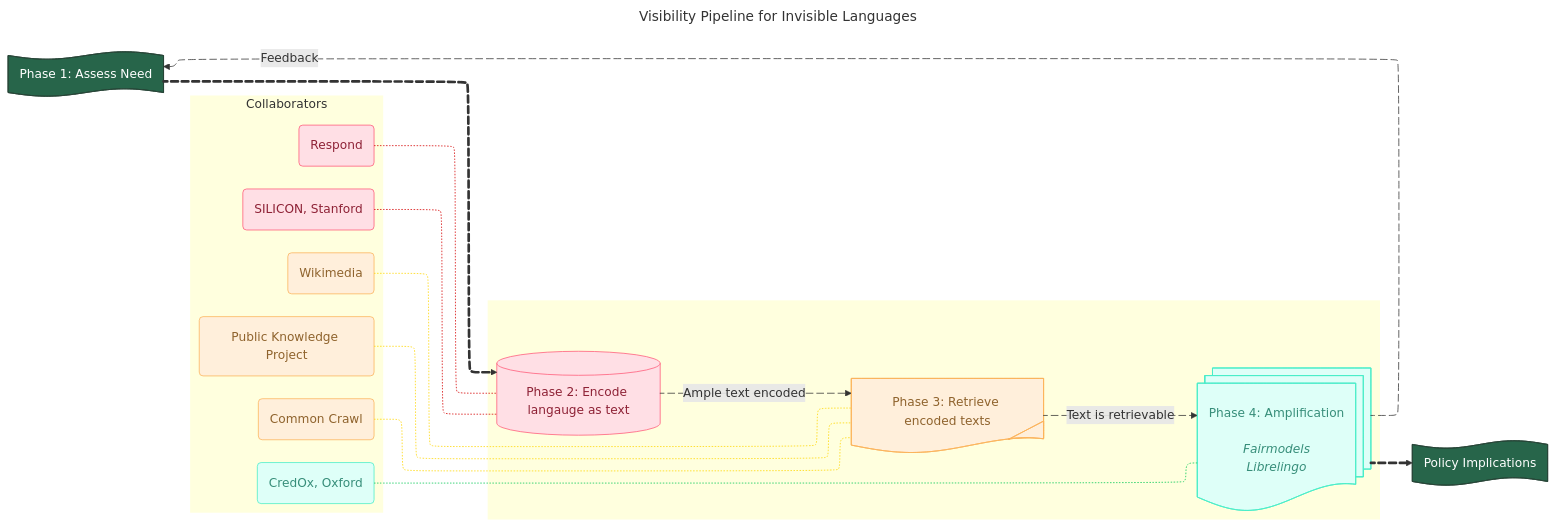
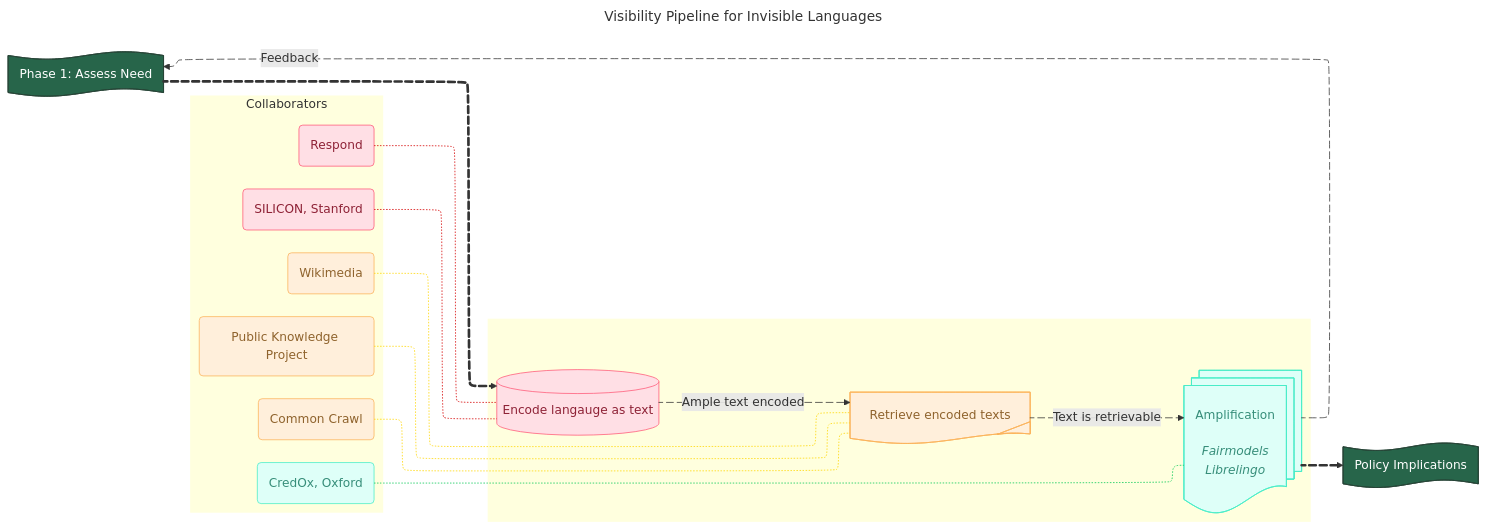
The diagram in README.md (theinvisiblelab/invisible-languages), drawn with Mermaid before and after one commit. The commit also changed other lines of this file, not shown here.

Commit message:
Revise README content
Removed introductory sentence and improved phase descriptions.

````diff
--- a/README.md
+++ b/README.md
@@ -12,68 +10,68 @@
 ```mermaid
 ---
 config:
   layout: elk
 title: Visibility Pipeline for Invisible Languages
 ---
 flowchart LR
  subgraph collabs["Collaborators"]
         C1("SILICON, Stanford")
         C2("CredOx, Oxford")
         C3("Wikimedia")
         C4("Respond")
         C5("Public Knowledge Project")
         C6("Common Crawl")
   end
  subgraph pipeline[" "]
-        B["Phase 2: Encode langauge as text<br>"]
-        C["Phase 3: Retrieve encoded texts<br>"]
-        D["Phase 4: Amplification<br><br><i>Fairmodels<br>Librelingo</i>"]
+        B["Encode langauge as text<br>"]
+        C["Retrieve encoded texts<br>"]
+        D["Amplification<br><br><i>Fairmodels<br>Librelingo</i>"]
   end
     A["Phase 1: Assess Need"] L_A_B_0@==> B
     B L_B_C_0@-- Ample text encoded --> C
     C L_C_D_0@-- Text is retrievable --> D
     D L_D_A_0@-- Feedback --> A
     D L_D_Policy_0@==> Policy["Policy Implications"]
     C1 -..- B
     C4 -..- B
     C3 -..- C
     C6 -..- C
     C5 -..- C
     C2 -..- D
 
     B@{ shape: db}
     C@{ shape: tag-doc}
     D@{ shape: docs}
     A@{ shape: paper-tape}
     Policy@{ shape: paper-tape}
      C1:::Rose
      C2:::Aqua
      C3:::Peach
      C4:::Rose
      C5:::Peach
      C6:::Peach
      B:::Rose
      C:::Peach
      D:::Aqua
      A:::Pine
      Policy:::Pine
     classDef Sky stroke-width:1px, stroke-dasharray:none, stroke:#374D7C, fill:#E2EBFF, color:#374D7C
     classDef Aqua stroke-width:1px, stroke-dasharray:none, stroke:#46EDC8, fill:#DEFFF8, color:#378E7A
     classDef Rose stroke-width:1px, stroke-dasharray:none, stroke:#FF5978, fill:#FFDFE5, color:#8E2236
     classDef Peach stroke-width:1px, stroke-dasharray:none, stroke:#FBB35A, fill:#FFEFDB, color:#8F632D
     classDef Pine stroke-width:1px, stroke-dasharray:none, stroke:#254336, fill:#27654A, color:#FFFFFF
     style collabs stroke:none
     style pipeline stroke:none
     linkStyle 5 stroke:#D50000,fill:none
     linkStyle 6 stroke:#D50000,fill:none
     linkStyle 7 stroke:#FFD600,fill:none
     linkStyle 8 stroke:#FFD600,fill:none
     linkStyle 9 stroke:#FFD600,fill:none
     linkStyle 10 stroke:#00C853,fill:none
 
     L_A_B_0@{ animation: slow } 
     L_B_C_0@{ animation: slow } 
     L_C_D_0@{ animation: slow } 
     L_D_A_0@{ animation: slow } 
     L_D_Policy_0@{ animation: slow }
 ```
````
